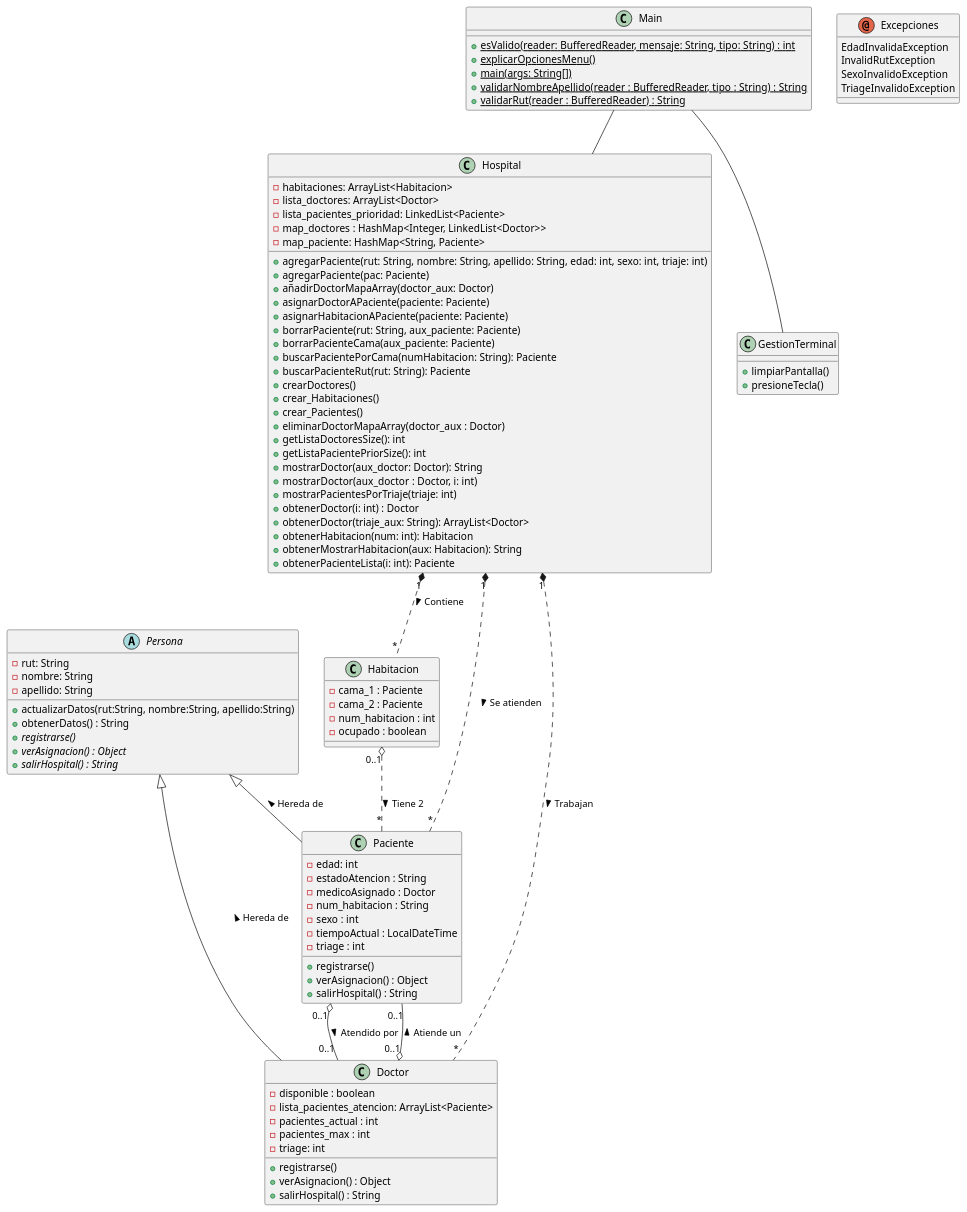
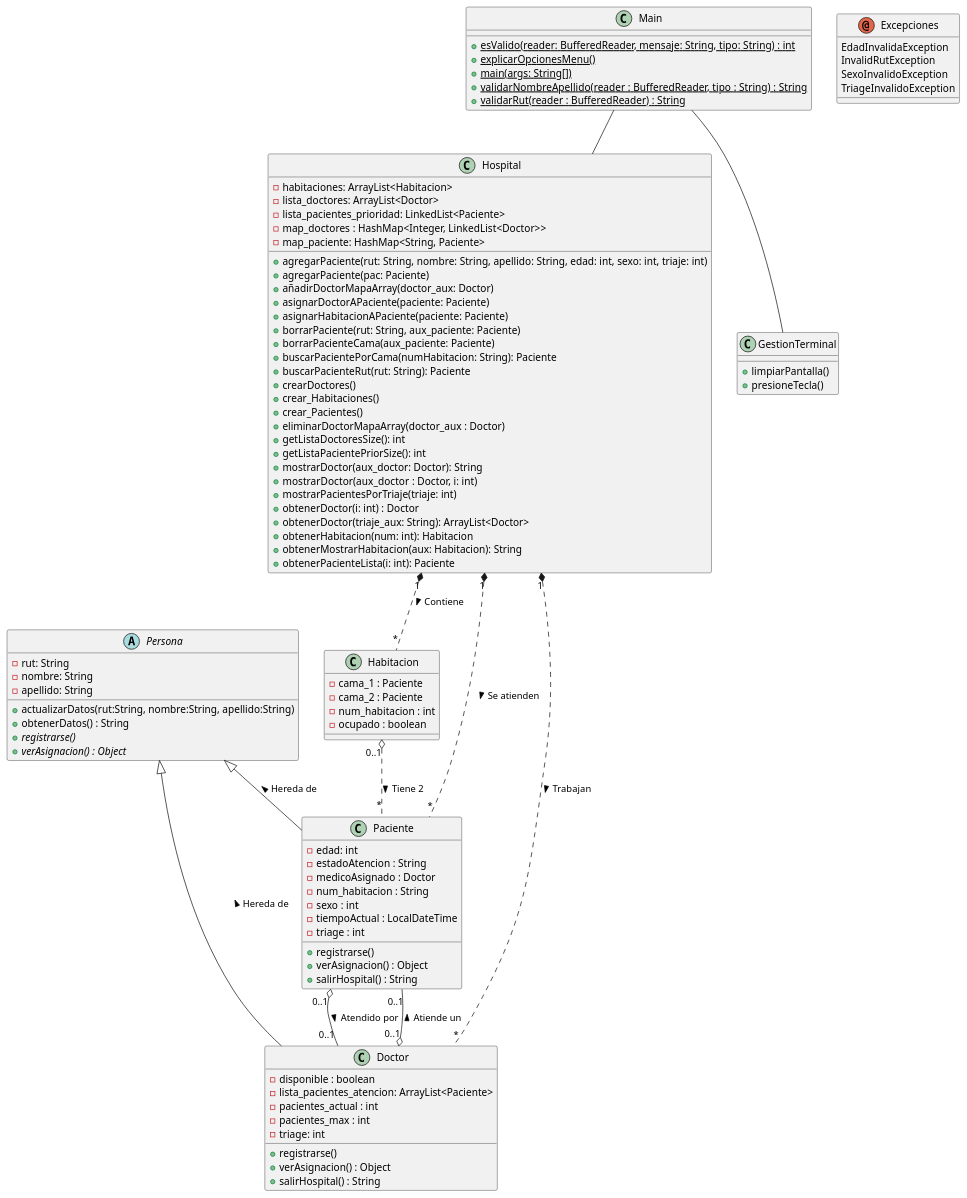
One commit to IgnaciaBrahim/sia-hospital-13 changed the diagram in Hospital/hospitalVIJUML.puml. Above: the diagram before and after it, drawn with PlantUML. The commit also changed 28 other files, not shown here.

```diff
--- a/Hospital/hospitalVIJUML.puml
+++ b/Hospital/hospitalVIJUML.puml
@@ -1,119 +1,118 @@
 @startuml
 abstract class Persona
 {
     -rut: String
     -nombre: String
     -apellido: String
     +actualizarDatos(rut:String, nombre:String, apellido:String)
     +obtenerDatos() : String
     {abstract}+registrarse()
     {abstract}+verAsignacion() : Object
-    {abstract}+salirHospital() : String
 }
 
 class Paciente
 {
     -edad: int
     -estadoAtencion : String
     -medicoAsignado : Doctor
     -num_habitacion : String
     -sexo : int
     -tiempoActual : LocalDateTime
     -triage : int
     +registrarse()
     +verAsignacion() : Object
     +salirHospital() : String
 }
 
 class Doctor
 {
     -disponible : boolean
     -lista_pacientes_atencion: ArrayList<Paciente>
     -pacientes_actual : int
     -pacientes_max : int
     -triage: int
     +registrarse()
     +verAsignacion() : Object
     +salirHospital() : String
 }
 
 class Habitacion
 {
     -cama_1 : Paciente
     -cama_2 : Paciente
     -num_habitacion : int
     -ocupado : boolean
 }
 
 class Hospital
 {
     -habitaciones: ArrayList<Habitacion>
     -lista_doctores: ArrayList<Doctor>
     -lista_pacientes_prioridad: LinkedList<Paciente>
     -map_doctores : HashMap<Integer, LinkedList<Doctor>>
     -map_paciente: HashMap<String, Paciente>
     + agregarPaciente(rut: String, nombre: String, apellido: String, edad: int, sexo: int, triaje: int)
     + agregarPaciente(pac: Paciente)
     + añadirDoctorMapaArray(doctor_aux: Doctor)
     + asignarDoctorAPaciente(paciente: Paciente)
     + asignarHabitacionAPaciente(paciente: Paciente)
     + borrarPaciente(rut: String, aux_paciente: Paciente)
     + borrarPacienteCama(aux_paciente: Paciente)
     + buscarPacientePorCama(numHabitacion: String): Paciente
     + buscarPacienteRut(rut: String): Paciente
     + crearDoctores()
     + crear_Habitaciones()
     + crear_Pacientes()
     + eliminarDoctorMapaArray(doctor_aux : Doctor)
     + getListaDoctoresSize(): int
     + getListaPacientePriorSize(): int
     + mostrarDoctor(aux_doctor: Doctor): String
     + mostrarDoctor(aux_doctor : Doctor, i: int)
     + mostrarPacientesPorTriaje(triaje: int)
     + obtenerDoctor(i: int) : Doctor
     + obtenerDoctor(triaje_aux: String): ArrayList<Doctor>
     + obtenerHabitacion(num: int): Habitacion
     + obtenerMostrarHabitacion(aux: Habitacion): String
     + obtenerPacienteLista(i: int): Paciente
 }
 
 class GestionTerminal
 {
     +limpiarPantalla()
     +presioneTecla()
 }
 
 class Main
 {
     {static}+esValido(reader: BufferedReader, mensaje: String, tipo: String) : int
     {static}+explicarOpcionesMenu()
     {static}+main(args: String[])
     {static}+validarNombreApellido(reader : BufferedReader, tipo : String) : String
     {static}+validarRut(reader : BufferedReader) : String
 }
 
 annotation Excepciones
 {
     EdadInvalidaException
     InvalidRutException
     SexoInvalidoException
     TriageInvalidoException
 }
 
 Main -- Hospital
 Main -- GestionTerminal
 
 Hospital "1" *.. "*" Paciente : Se atienden >
 
 Hospital "1" *.. "*" Habitacion : Contiene >
 Hospital "1" *.. "*" Doctor : Trabajan >
 
 Habitacion "0..1" o.. "*" Paciente : Tiene 2 >
 
 Paciente "0..1" o-- "0..1" Doctor : Atendido por >
 Doctor "0..1" o-- "0..1" Paciente : Atiende un >
 
 Persona <|-- Paciente : Hereda de <
 Persona <|-- Doctor : Hereda de <
 
 @enduml
```
